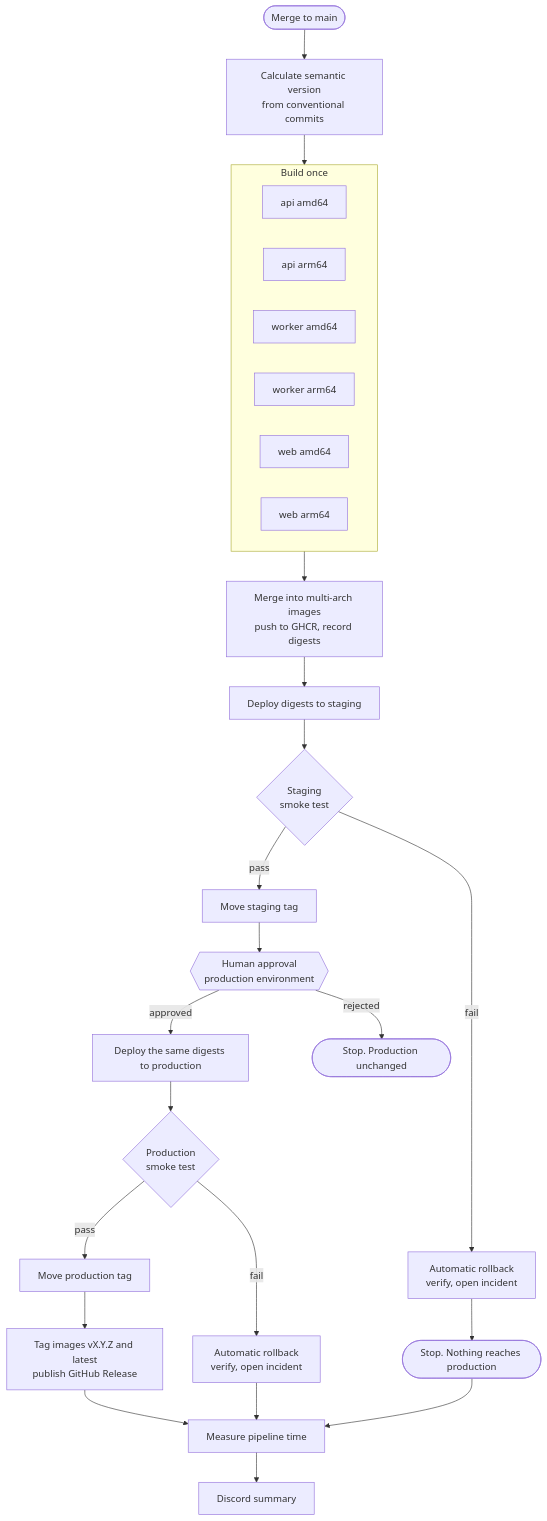
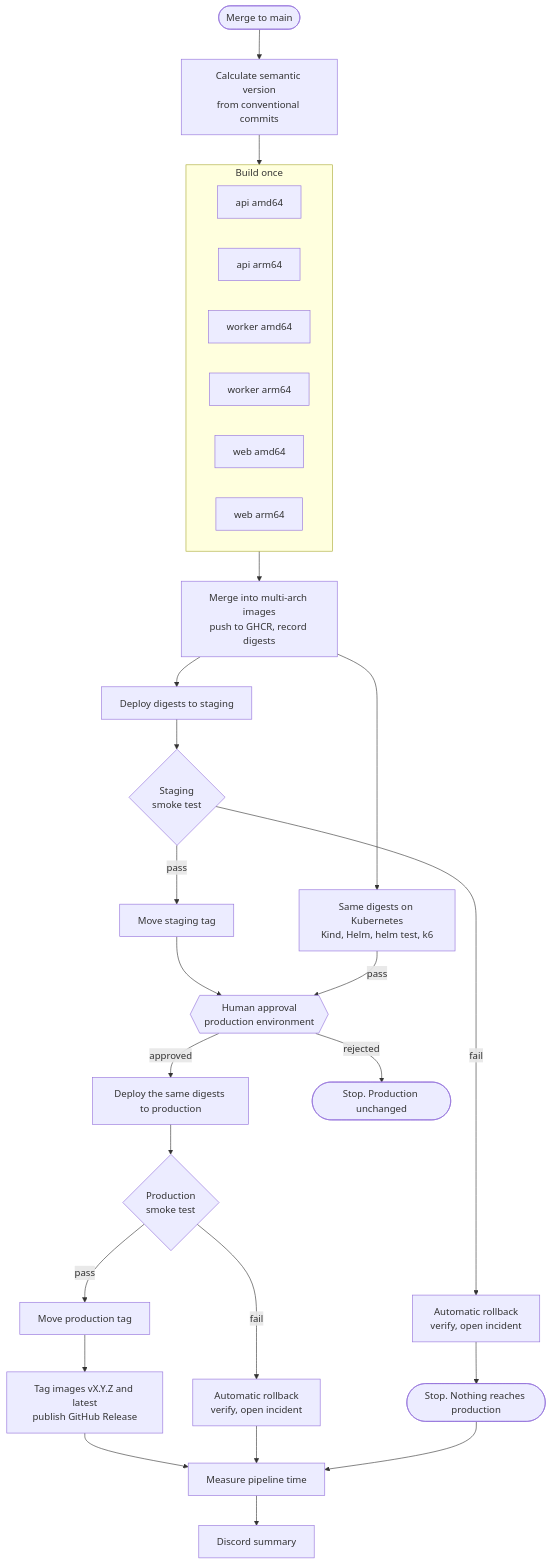
Before and after one commit to devwithvino/cicd_demo: the third of 4 diagrams in README.md, drawn with Mermaid. The commit also changed other lines of this file and 18 other files, not shown here.

First line of the commit message:
feat: deploy anywhere with Helm, Kind and k6 (#6)

````diff
--- a/README.md
+++ b/README.md
@@ -177,28 +177,30 @@
 ```mermaid
 flowchart TD
     push([Merge to main]) --> version[Calculate semantic version<br/>from conventional commits]
     version --> build
 
     subgraph build[Build once]
         direction LR
         b1[api amd64] & b2[api arm64] & b3[worker amd64] & b4[worker arm64] & b5[web amd64] & b6[web arm64]
     end
 
     build --> publish[Merge into multi-arch images<br/>push to GHCR, record digests]
     publish --> stg[Deploy digests to staging]
     stg --> stgsmoke{Staging<br/>smoke test}
+    publish --> kind[Same digests on Kubernetes<br/>Kind, Helm, helm test, k6]
     stgsmoke -- pass --> stgtag[Move staging tag]
     stgsmoke -- fail --> rb1[Automatic rollback<br/>verify, open incident]
     rb1 --> stop1([Stop. Nothing reaches production])
     stgtag --> approval{{Human approval<br/>production environment}}
+    kind -- pass --> approval
     approval -- approved --> prd[Deploy the same digests to production]
     approval -- rejected --> stop2([Stop. Production unchanged])
     prd --> prdsmoke{Production<br/>smoke test}
     prdsmoke -- pass --> prdtag[Move production tag]
     prdtag --> release[Tag images vX.Y.Z and latest<br/>publish GitHub Release]
     release --> report[Measure pipeline time]
     prdsmoke -- fail --> rb2[Automatic rollback<br/>verify, open incident]
     rb2 --> report
     stop1 --> report
     report --> notify[Discord summary]
 ```
````
